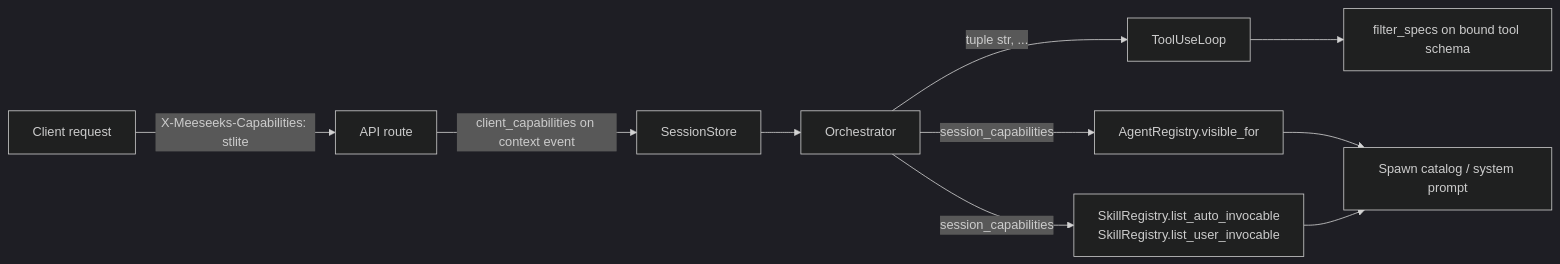
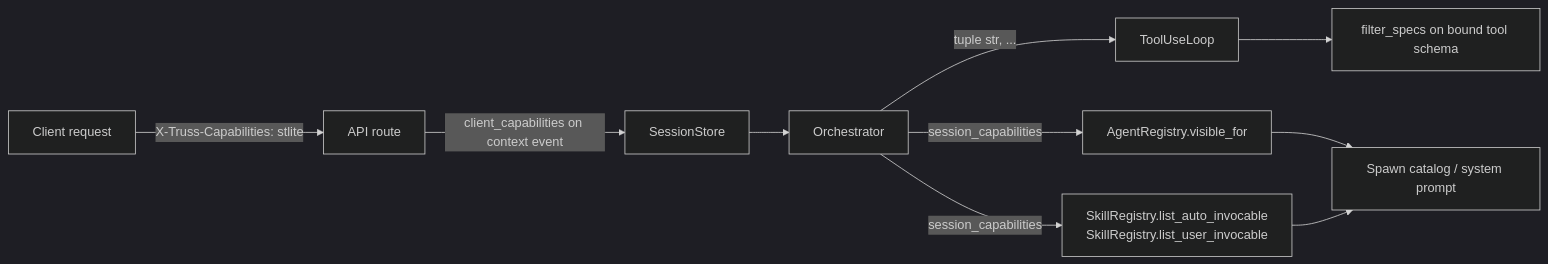
Before and after one commit to bearlike/Assistant: the third of 7 diagrams in main/core-orchestration.md, drawn with Mermaid (dark theme). The commit also changed other lines of this file and 171 other files, not shown here.

````diff
--- a/main/core-orchestration.md
+++ b/main/core-orchestration.md
@@ -122,12 +122,12 @@
 ```mermaid
 flowchart LR
-    A[Client request] -- X-Meeseeks-Capabilities: stlite --> B[API route]
+    A[Client request] -- X-Truss-Capabilities: stlite --> B[API route]
     B -- client_capabilities on context event --> C[SessionStore]
     C --> D[Orchestrator]
     D -- tuple str, ... --> E[ToolUseLoop]
     D -- session_capabilities --> F[AgentRegistry.visible_for]
     D -- session_capabilities --> G[SkillRegistry.list_auto_invocable<br/>SkillRegistry.list_user_invocable]
     F --> H[Spawn catalog / system prompt]
     G --> H
     E --> I[filter_specs on bound tool schema]
 ```
````
